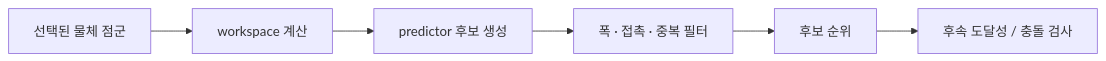
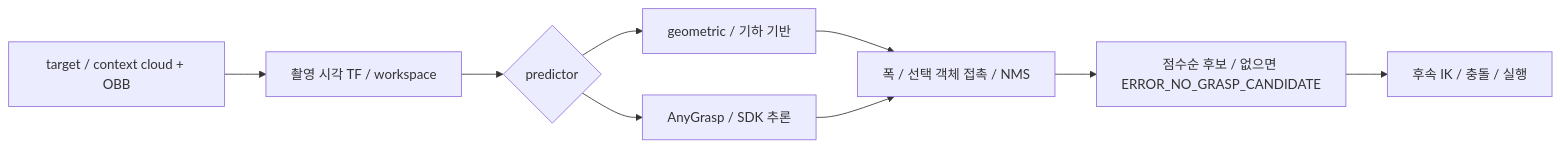
The first of 4 diagrams in ros2_ws/src/cleany_grasping/docs/predictors.md (asm17-moving-agent/cleany), drawn with Mermaid before and after one commit. The commit also changed other lines of this file and 74 other files, not shown here.

Commit message:
docs: restructure implementation references around diagrams and tables

````diff
--- a/ros2_ws/src/cleany_grasping/docs/predictors.md
+++ b/ros2_ws/src/cleany_grasping/docs/predictors.md
@@ -3,8 +5,11 @@
 ```mermaid
 flowchart LR
-  Cloud["선택된 물체 점군"] --> Workspace["workspace 계산"]
-  Workspace --> Predictor["predictor 후보 생성"]
-  Predictor --> Filter["폭 · 접촉 · 중복 필터"]
-  Filter --> Rank["후보 순위"]
-  Rank --> MoveIt["후속 도달성 / 충돌 검사"]
+    Input["target / context cloud + OBB"] --> Frame["촬영 시각 TF / workspace"]
+    Frame --> Predictor{"predictor"}
+    Predictor --> Geometric["geometric / 기하 기반"]
+    Predictor --> SDK["AnyGrasp / SDK 추론"]
+    Geometric --> Filter["폭 / 선택 객체 접촉 / NMS"]
+    SDK --> Filter
+    Filter --> Result["점수순 후보 / 없으면 ERROR_NO_GRASP_CANDIDATE"]
+    Result --> MoveIt["후속 IK / 충돌 / 실행"]
 ```
````
